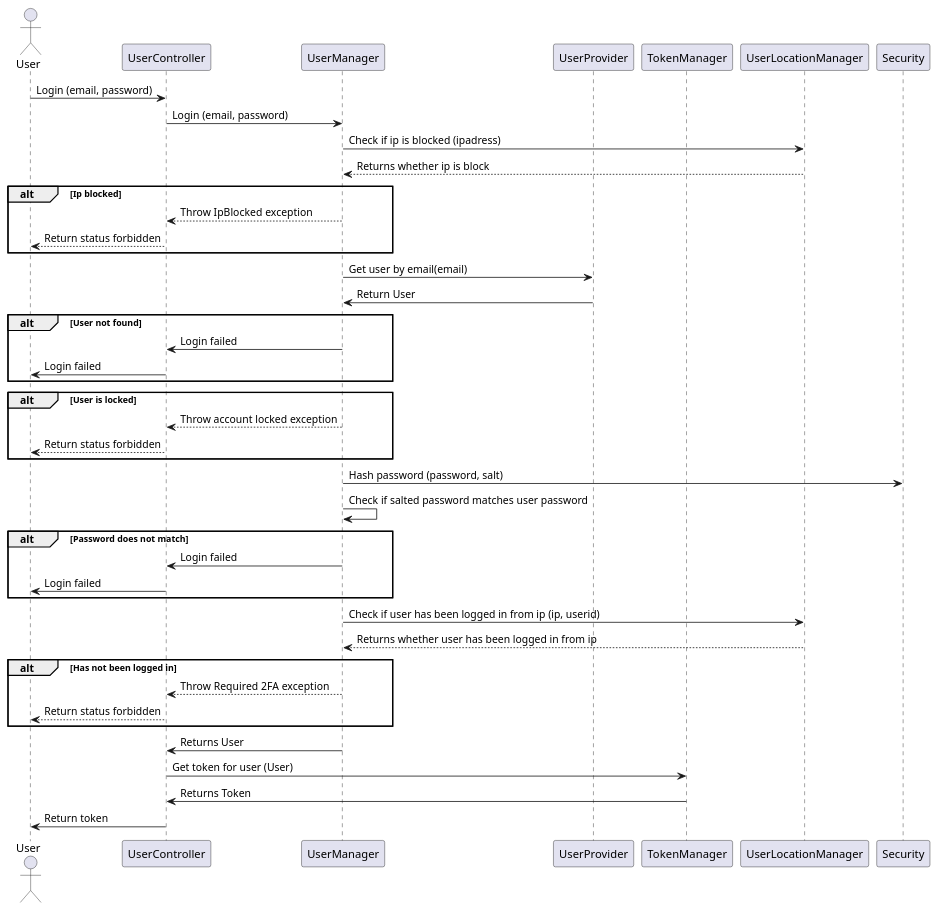
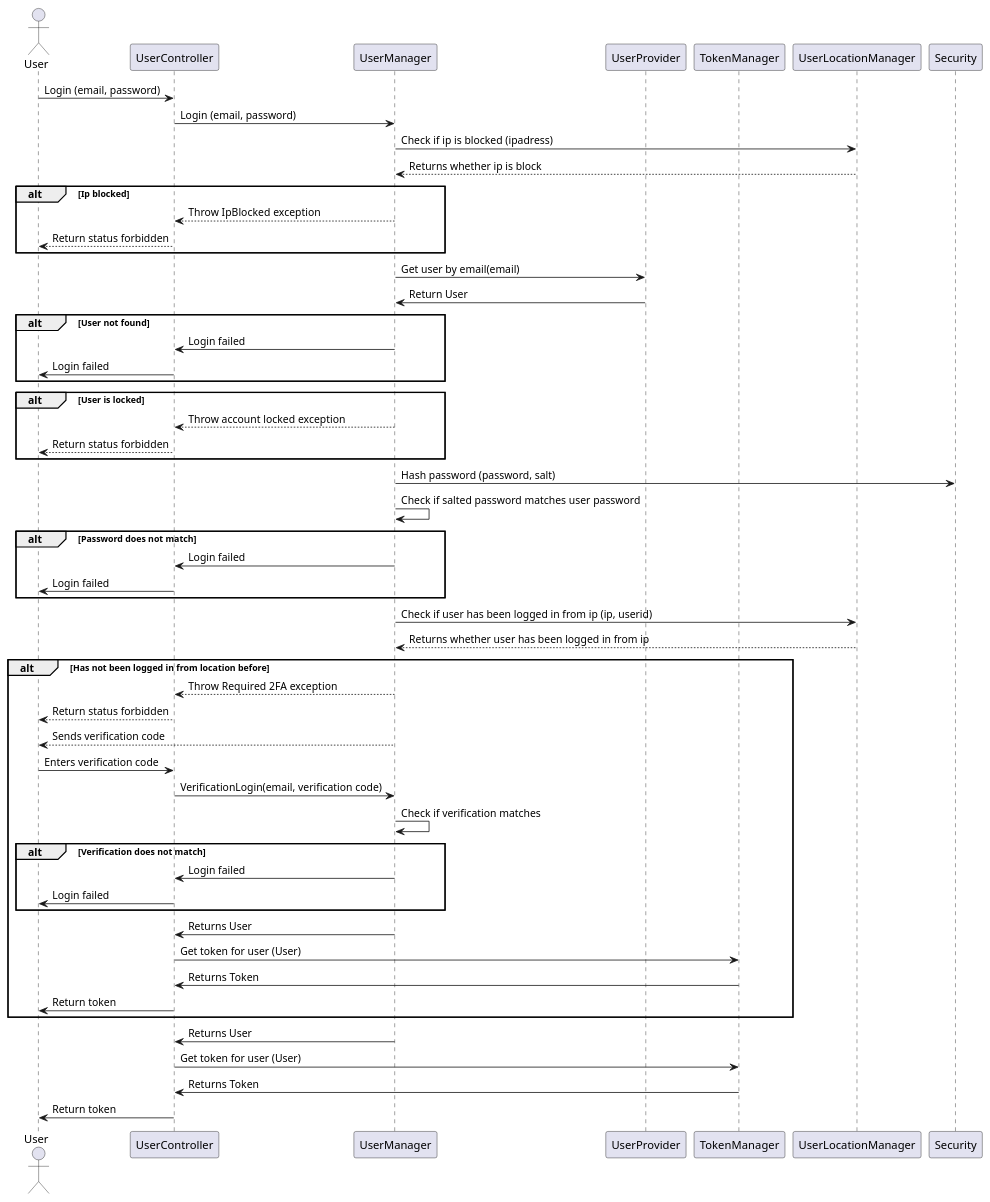
Before and after one commit to blackout1471/trust-us-school: the diagram in Docs/SDDiagrams/LoginSD.plantuml, drawn with PlantUML. The commit also changed 38 other files, not shown here.

```diff
--- a/Docs/SDDiagrams/LoginSD.plantuml
+++ b/Docs/SDDiagrams/LoginSD.plantuml
@@ -1,66 +1,79 @@
 @startuml Login SD
 
 actor User
 participant UserController
 participant UserManager
 participant UserProvider
 participant TokenManager
 participant UserLocationManager
 participant Security
 
 User->UserController: Login (email, password)
 UserController->UserManager: Login (email, password)
 UserManager->UserLocationManager: Check if ip is blocked (ipadress)
 UserLocationManager-->UserManager: Returns whether ip is block
 
 alt Ip blocked
 UserManager-->UserController: Throw IpBlocked exception
 UserController-->User: Return status forbidden
 end
 
 UserManager->UserProvider: Get user by email(email)
 UserProvider->UserManager: Return User
 
 
 alt User not found
 
 UserManager->UserController: Login failed
 UserController->User: Login failed
 
 end
 
 alt User is locked
 
 UserManager-->UserController: Throw account locked exception
 UserController-->User: Return status forbidden
 
 end
 
 UserManager->Security: Hash password (password, salt)
 UserManager->UserManager: Check if salted password matches user password
 
 alt Password does not match
 
 UserManager->UserController: Login failed
 UserController->User: Login failed
 
 end
 
 
 UserManager->UserLocationManager: Check if user has been logged in from ip (ip, userid)
 UserLocationManager-->UserManager: Returns whether user has been logged in from ip
 
-alt Has not been logged in
+alt Has not been logged in from location before
 
 UserManager-->UserController: Throw Required 2FA exception
 UserController-->User: Return status forbidden
+UserManager-->User: Sends verification code
+User->UserController: Enters verification code
+UserController->UserManager: VerificationLogin(email, verification code)
+UserManager->UserManager: Check if verification matches
+alt Verification does not match
 
+UserManager->UserController: Login failed
+UserController->User: Login failed
+
+end
+UserManager->UserController: Returns User
+UserController->TokenManager: Get token for user (User)
+TokenManager->UserController: Returns Token
+UserController->User: Return token
 end
 
 UserManager->UserController: Returns User
 UserController->TokenManager: Get token for user (User)
 TokenManager->UserController: Returns Token
 
 UserController->User: Return token
 
 @enduml
```
